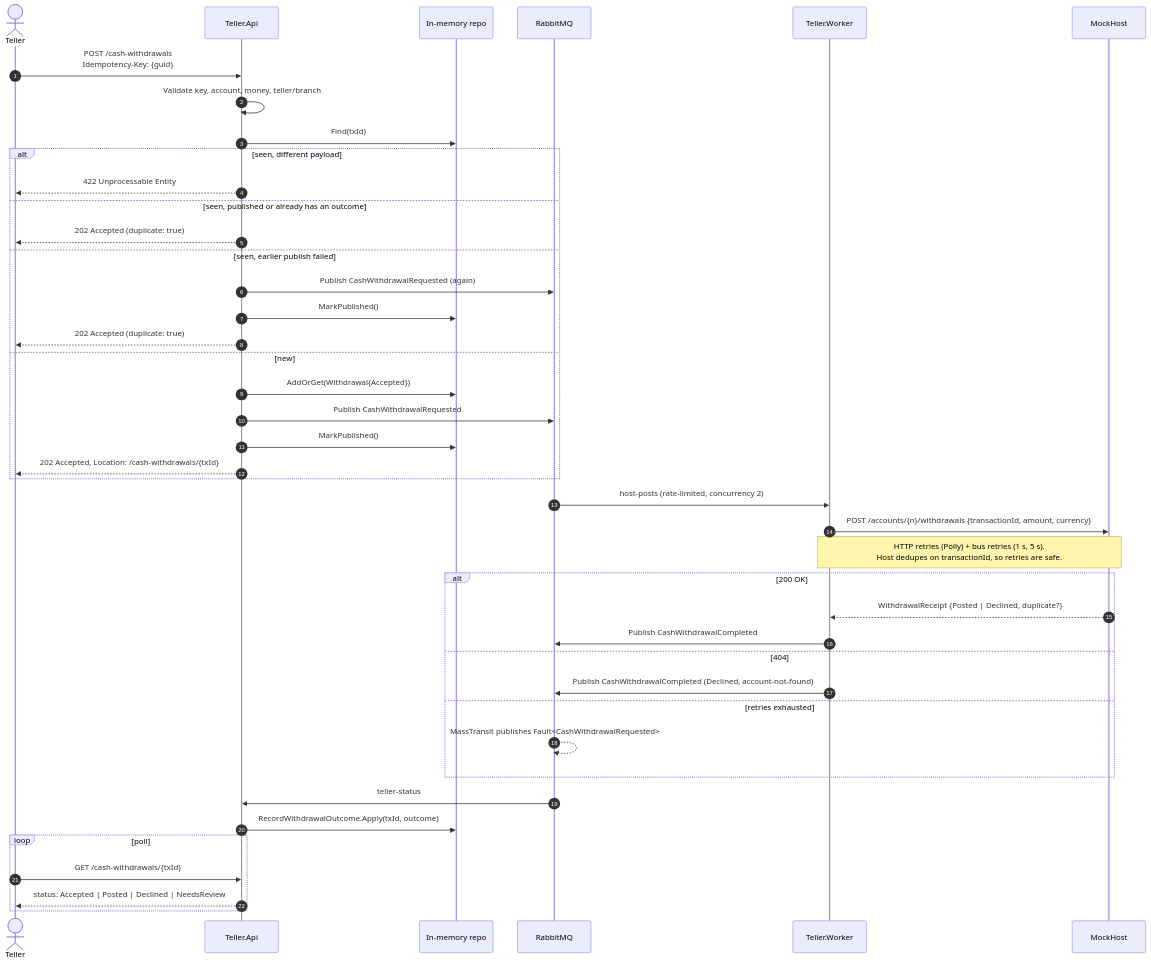
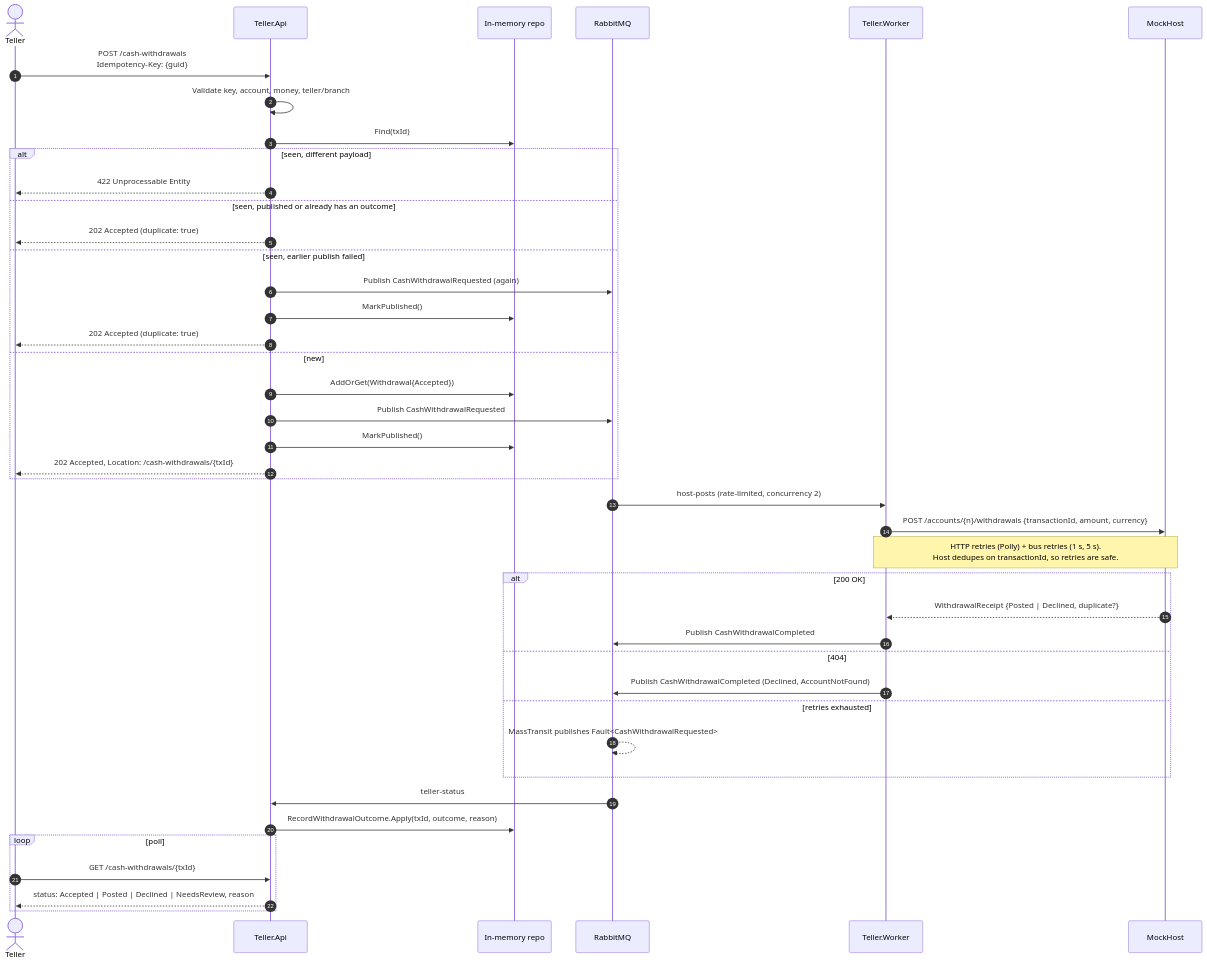
The third of 9 diagrams in docs/ARCHITECTURE.md (Vertex-Learning-Labs/teller-bus), drawn with Mermaid before and after one commit. The commit also changed other lines of this file and 19 other files, not shown here.

````diff
--- a/docs/ARCHITECTURE.md
+++ b/docs/ARCHITECTURE.md
@@ -112,48 +112,48 @@
 ```mermaid
 sequenceDiagram
     autonumber
     actor T as Teller
     participant API as Teller.Api
     participant R as In-memory repo
     participant MQ as RabbitMQ
     participant W as Teller.Worker
     participant H as MockHost
 
     T->>API: POST /cash-withdrawals<br/>Idempotency-Key: {guid}
     API->>API: Validate key, account, money, teller/branch
     API->>R: Find(txId)
     alt seen, different payload
         API-->>T: 422 Unprocessable Entity
     else seen, published or already has an outcome
         API-->>T: 202 Accepted (duplicate: true)
     else seen, earlier publish failed
         API->>MQ: Publish CashWithdrawalRequested (again)
         API->>R: MarkPublished()
         API-->>T: 202 Accepted (duplicate: true)
     else new
         API->>R: AddOrGet(Withdrawal{Accepted})
         API->>MQ: Publish CashWithdrawalRequested
         API->>R: MarkPublished()
         API-->>T: 202 Accepted, Location: /cash-withdrawals/{txId}
     end
 
     MQ->>W: host-posts (rate-limited, concurrency 2)
     W->>H: POST /accounts/{n}/withdrawals {transactionId, amount, currency}
     Note over W,H: HTTP retries (Polly) + bus retries (1 s, 5 s).<br/>Host dedupes on transactionId, so retries are safe.
     alt 200 OK
         H-->>W: WithdrawalReceipt {Posted | Declined, duplicate?}
         W->>MQ: Publish CashWithdrawalCompleted
     else 404
-        W->>MQ: Publish CashWithdrawalCompleted (Declined, account-not-found)
+        W->>MQ: Publish CashWithdrawalCompleted (Declined, AccountNotFound)
     else retries exhausted
         MQ-->>MQ: MassTransit publishes Fault<CashWithdrawalRequested>
     end
 
     MQ->>API: teller-status
-    API->>R: RecordWithdrawalOutcome.Apply(txId, outcome)
+    API->>R: RecordWithdrawalOutcome.Apply(txId, outcome, reason)
 
     loop poll
         T->>API: GET /cash-withdrawals/{txId}
-        API-->>T: status: Accepted | Posted | Declined | NeedsReview
+        API-->>T: status: Accepted | Posted | Declined | NeedsReview, reason
     end
 ```
````
